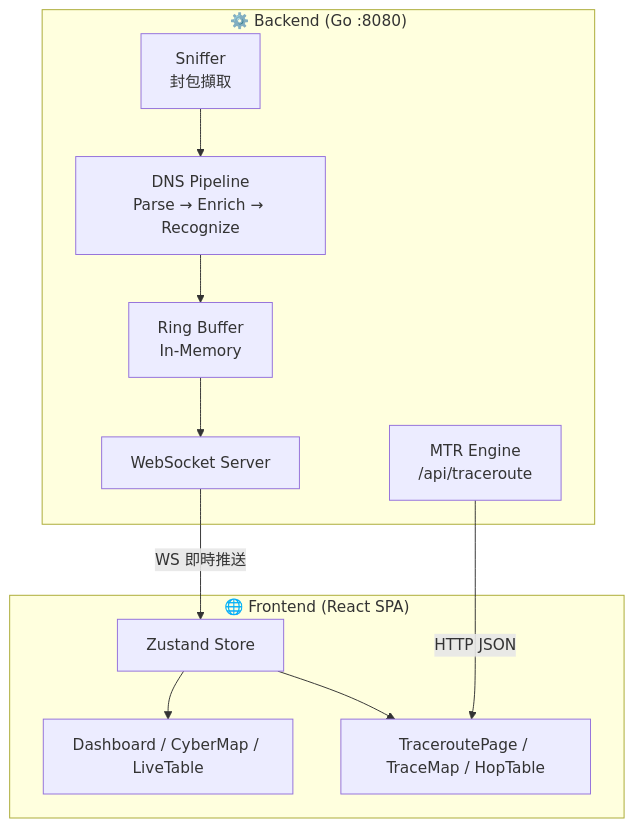
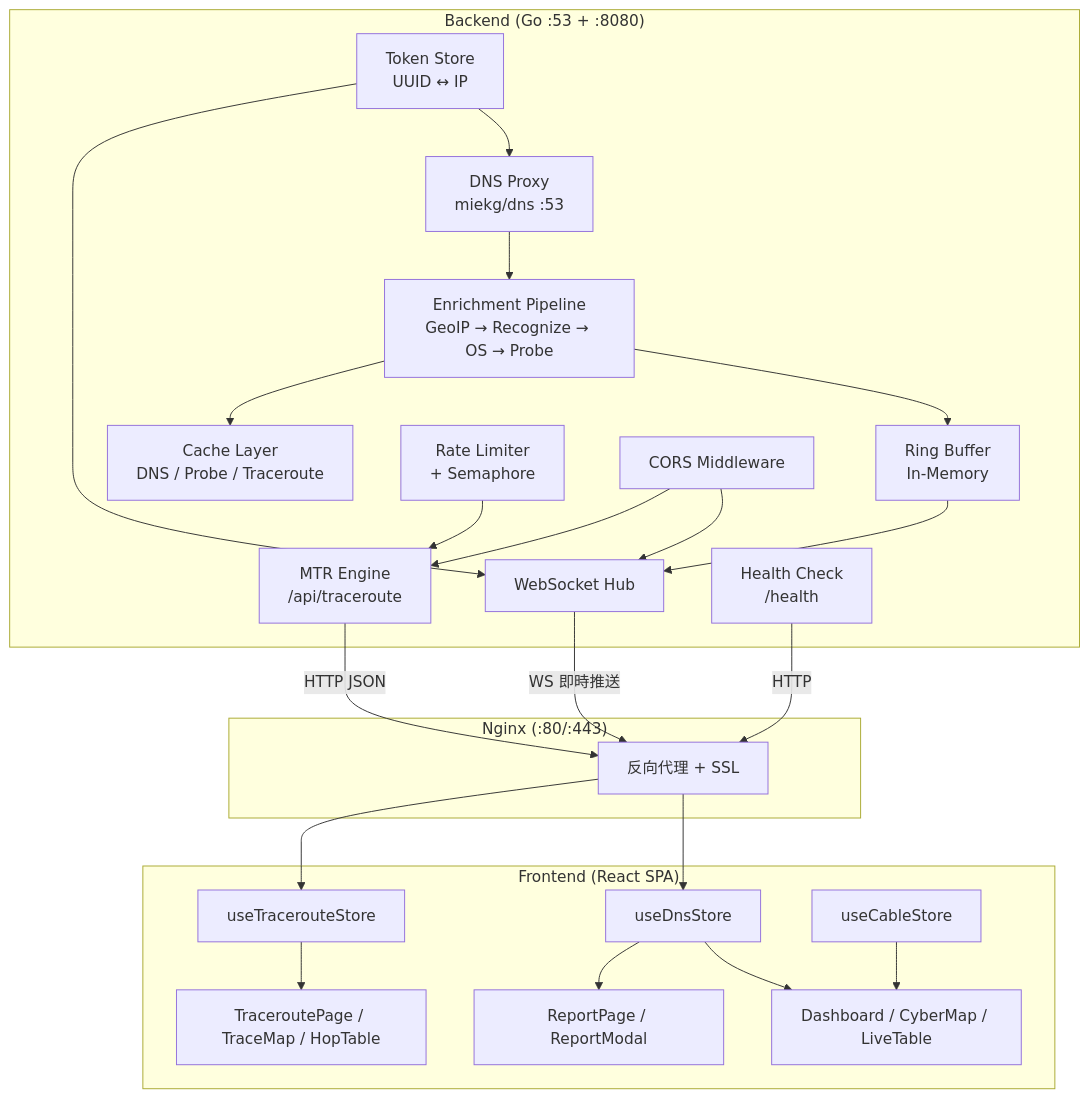
The first of 2 diagrams in doc/05_building_block_view.md (zeroflare/ocf-srrt), drawn with Mermaid before and after one commit. The commit also changed other lines of this file and 46 other files, not shown here.

First line of the commit message:
feat(frontend/backend): implement rate limiting, caching, and enhanced traceroute enrichment

````diff
--- a/doc/05_building_block_view.md
+++ b/doc/05_building_block_view.md
@@ -7,24 +8,47 @@
 ```mermaid
 graph TB
-    subgraph Backend ["⚙️ Backend (Go :8080)"]
-        Sniffer["Sniffer<br/>封包擷取"]
-        Pipeline["DNS Pipeline<br/>Parse → Enrich → Recognize"]
+    subgraph Backend ["Backend (Go :53 + :8080)"]
+        DNSProxy["DNS Proxy<br/>miekg/dns :53"]
+        Pipeline["Enrichment Pipeline<br/>GeoIP → Recognize → OS → Probe"]
         Buffer["Ring Buffer<br/>In-Memory"]
+        Cache["Cache Layer<br/>DNS / Probe / Traceroute"]
+        Auth["Token Store<br/>UUID ↔ IP"]
         MTRE["MTR Engine<br/>/api/traceroute"]
-        WSServer["WebSocket Server"]
+        RateLimit["Rate Limiter<br/>+ Semaphore"]
+        CORS["CORS Middleware"]
+        WSHub["WebSocket Hub"]
+        Health["Health Check<br/>/health"]
     end
 
-    subgraph Frontend ["🌐 Frontend (React SPA)"]
-        Store["Zustand Store"]
+    subgraph Frontend ["Frontend (React SPA)"]
+        DnsStore["useDnsStore"]
+        TraceStore["useTracerouteStore"]
+        CableStore["useCableStore"]
         UI["Dashboard / CyberMap / LiveTable"]
         Trace["TraceroutePage / TraceMap / HopTable"]
+        Report["ReportPage / ReportModal"]
     end
 
-    Sniffer --> Pipeline
+    subgraph Nginx ["Nginx (:80/:443)"]
+        Proxy["反向代理 + SSL"]
+    end
+
+    DNSProxy --> Pipeline
     Pipeline --> Buffer
-    Buffer --> WSServer
-    WSServer -->|"WS 即時推送"| Store
-    Store --> UI
-    Store --> Trace
-    MTRE -->|"HTTP JSON"| Trace
+    Pipeline --> Cache
+    Buffer --> WSHub
+    Auth --> DNSProxy
+    Auth --> WSHub
+    RateLimit --> MTRE
+    CORS --> WSHub
+    CORS --> MTRE
+    WSHub -->|"WS 即時推送"| Proxy
+    MTRE -->|"HTTP JSON"| Proxy
+    Health -->|"HTTP"| Proxy
+    Proxy --> DnsStore
+    Proxy --> TraceStore
+    DnsStore --> UI
+    TraceStore --> Trace
+    CableStore --> UI
+    DnsStore --> Report
 ```
````
